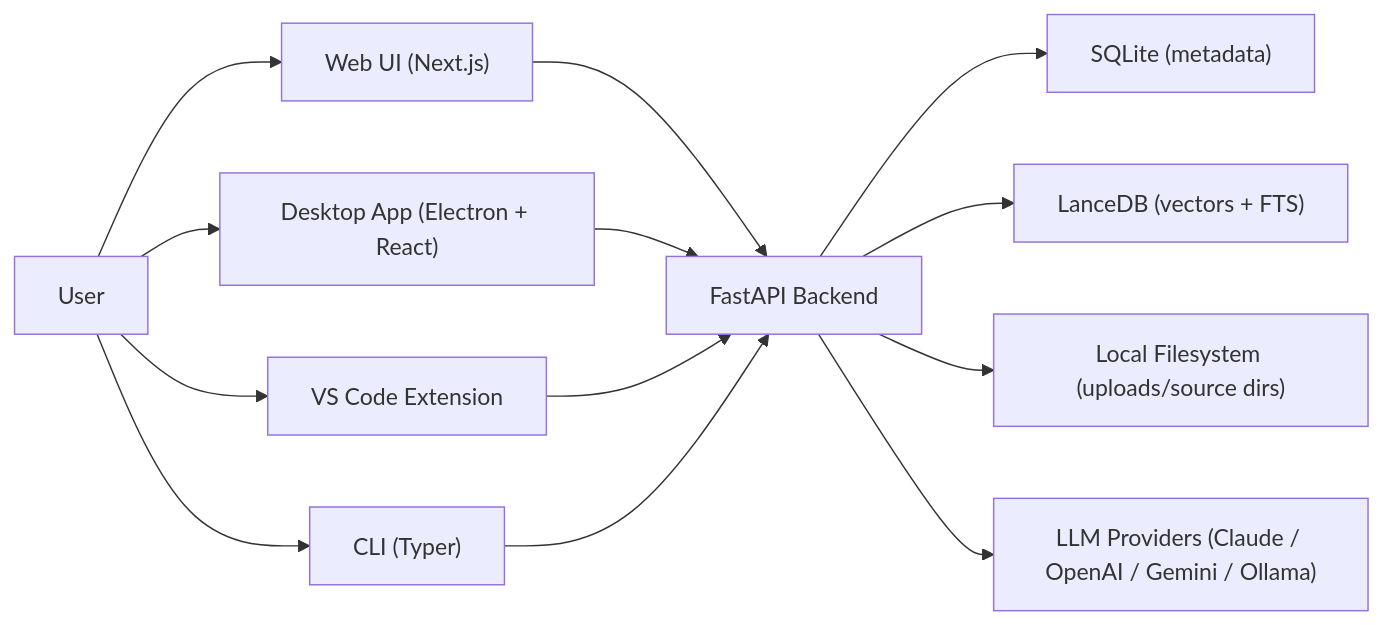
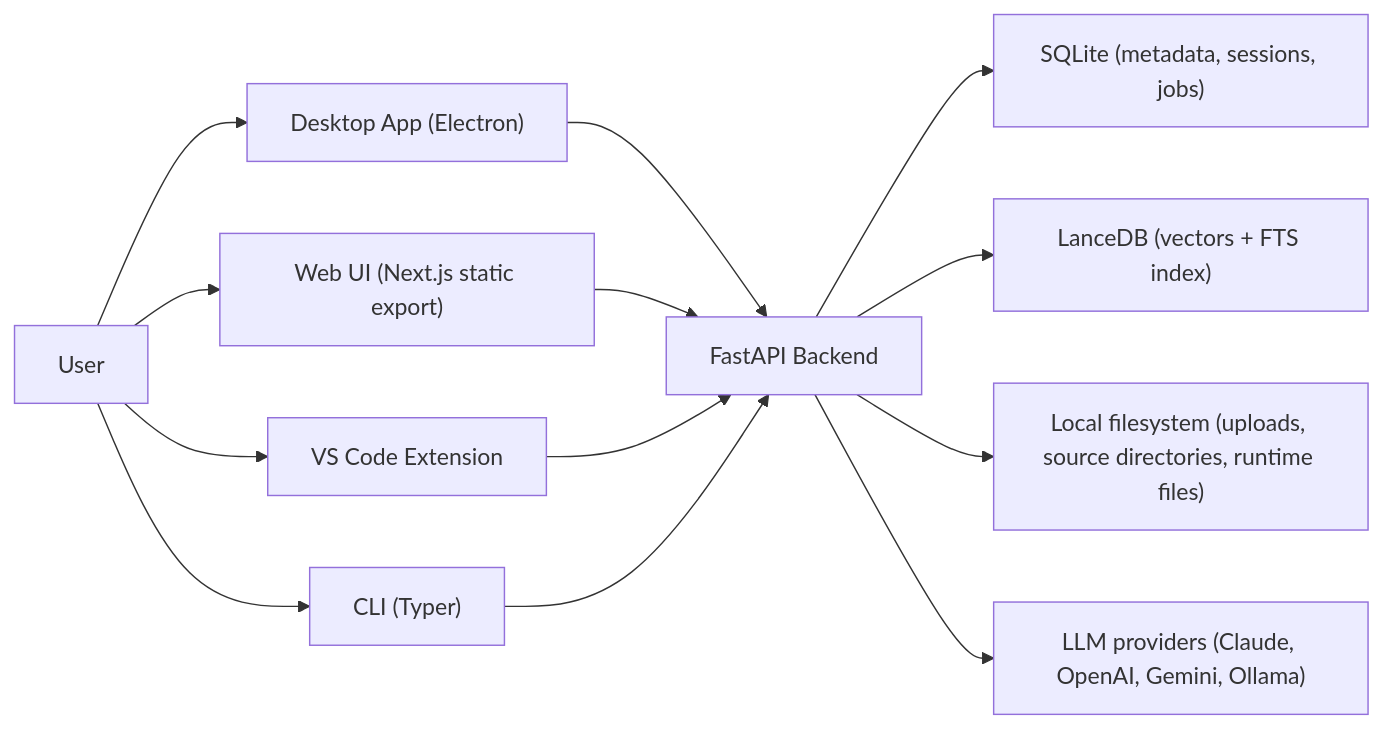
The diagram in README.md (mohamed-myi/momodoc), drawn with Mermaid before and after one commit. The commit also changed other lines of this file and 31 other files, not shown here.

````diff
--- a/README.md
+++ b/README.md
@@ -7,17 +7,17 @@
 ```mermaid
 flowchart LR
-  U["User"] --> W["Web UI (Next.js)"]
-  U --> D["Desktop App (Electron + React)"]
+  U["User"] --> D["Desktop App (Electron)"]
+  U --> W["Web UI (Next.js static export)"]
   U --> V["VS Code Extension"]
   U --> C["CLI (Typer)"]
 
-  W --> B["FastAPI Backend"]
-  D --> B
+  D --> B["FastAPI Backend"]
+  W --> B
   V --> B
   C --> B
 
-  B --> S["SQLite (metadata)"]
-  B --> L["LanceDB (vectors + FTS)"]
-  B --> F["Local Filesystem (uploads/source dirs)"]
-  B --> P["LLM Providers (Claude / OpenAI / Gemini / Ollama)"]
+  B --> S["SQLite (metadata, sessions, jobs)"]
+  B --> L["LanceDB (vectors + FTS index)"]
+  B --> F["Local filesystem (uploads, source directories, runtime files)"]
+  B --> P["LLM providers (Claude, OpenAI, Gemini, Ollama)"]
 ```
````
